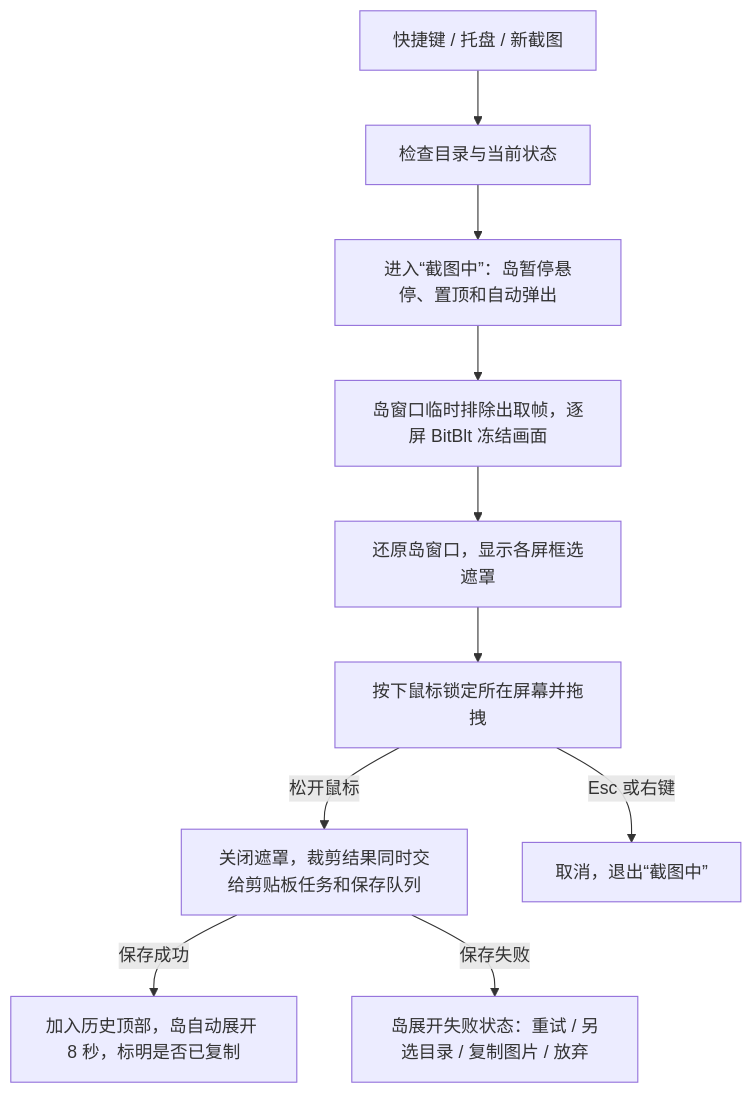
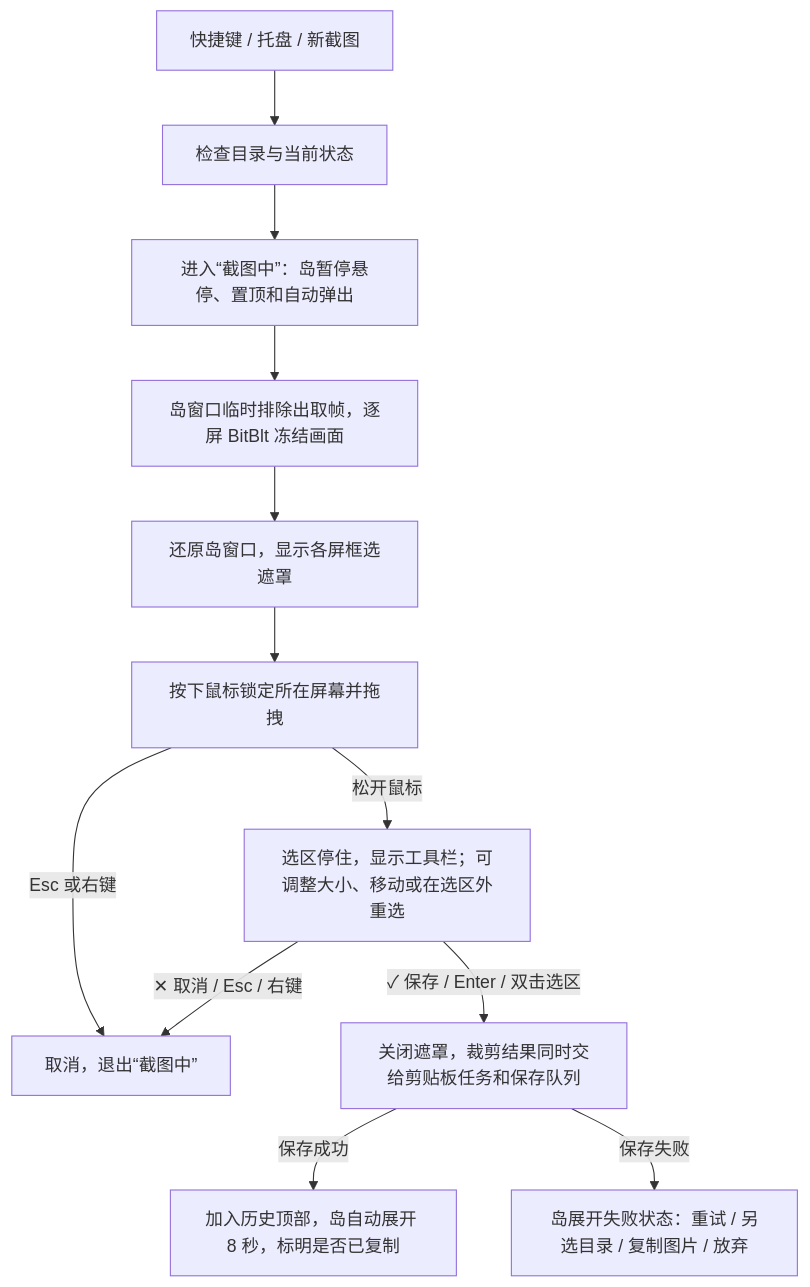
Before and after one commit to Oracle0703/lingdongdao: the diagram in docs/design/screenshot-gallery.md, drawn with Mermaid. The commit also changed other lines of this file and 17 other files, not shown here.

````diff
--- a/docs/design/screenshot-gallery.md
+++ b/docs/design/screenshot-gallery.md
@@ -68,12 +69,14 @@
 ```mermaid
 flowchart TD
     A[快捷键 / 托盘 / 新截图] --> B[检查目录与当前状态]
     B --> C[进入“截图中”：岛暂停悬停、置顶和自动弹出]
     C --> D[岛窗口临时排除出取帧，逐屏 BitBlt 冻结画面]
     D --> E[还原岛窗口，显示各屏框选遮罩]
     E --> F[按下鼠标锁定所在屏幕并拖拽]
-    F -->|松开鼠标| G[关闭遮罩，裁剪结果同时交给剪贴板任务和保存队列]
+    F -->|松开鼠标| R[选区停住，显示工具栏；可调整大小、移动或在选区外重选]
     F -->|Esc 或右键| H[取消，退出“截图中”]
+    R -->|✓ 保存 / Enter / 双击选区| G[关闭遮罩，裁剪结果同时交给剪贴板任务和保存队列]
+    R -->|✕ 取消 / Esc / 右键| H
     G -->|保存成功| I[加入历史顶部，岛自动展开 8 秒，标明是否已复制]
     G -->|保存失败| K[岛展开失败状态：重试 / 另选目录 / 复制图片 / 放弃]
 ```
````
